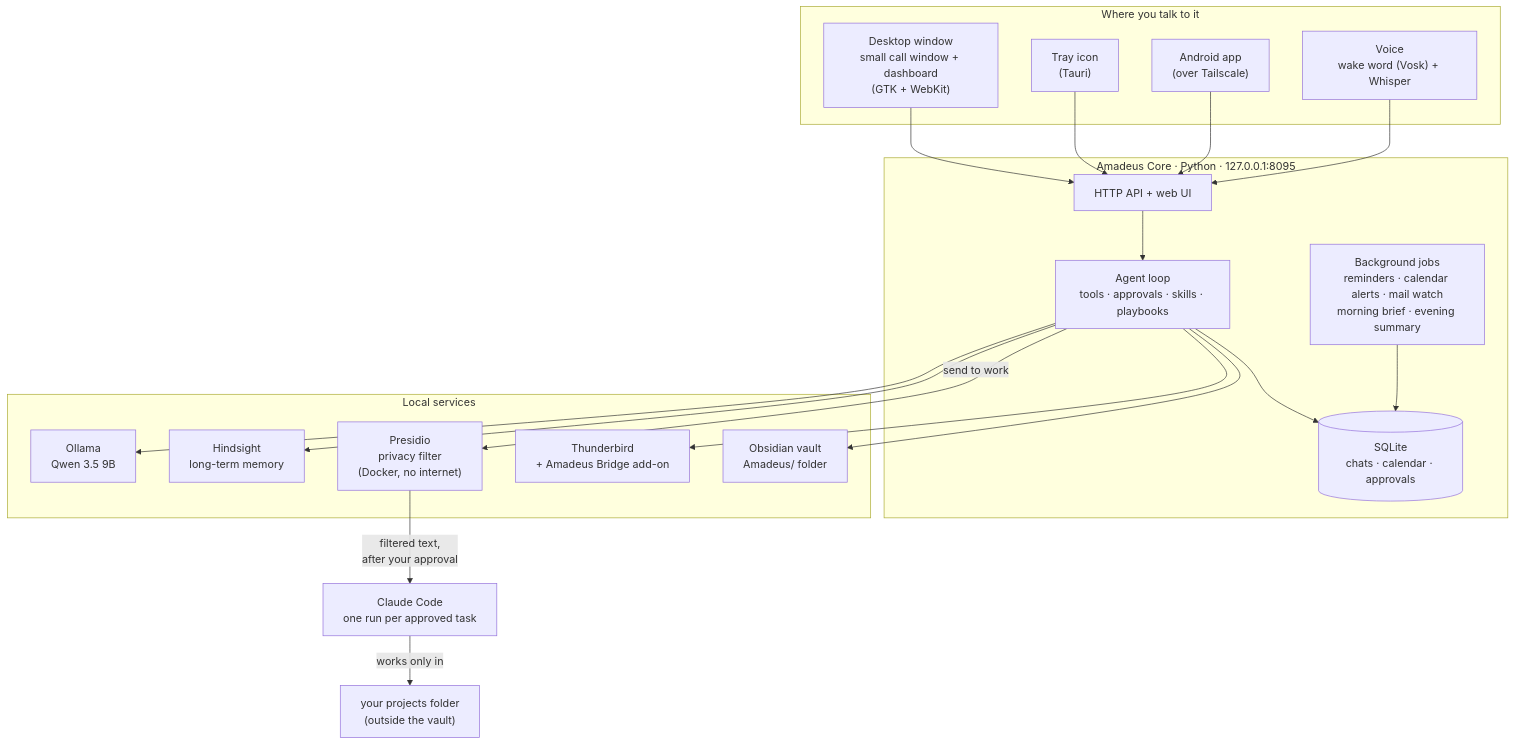
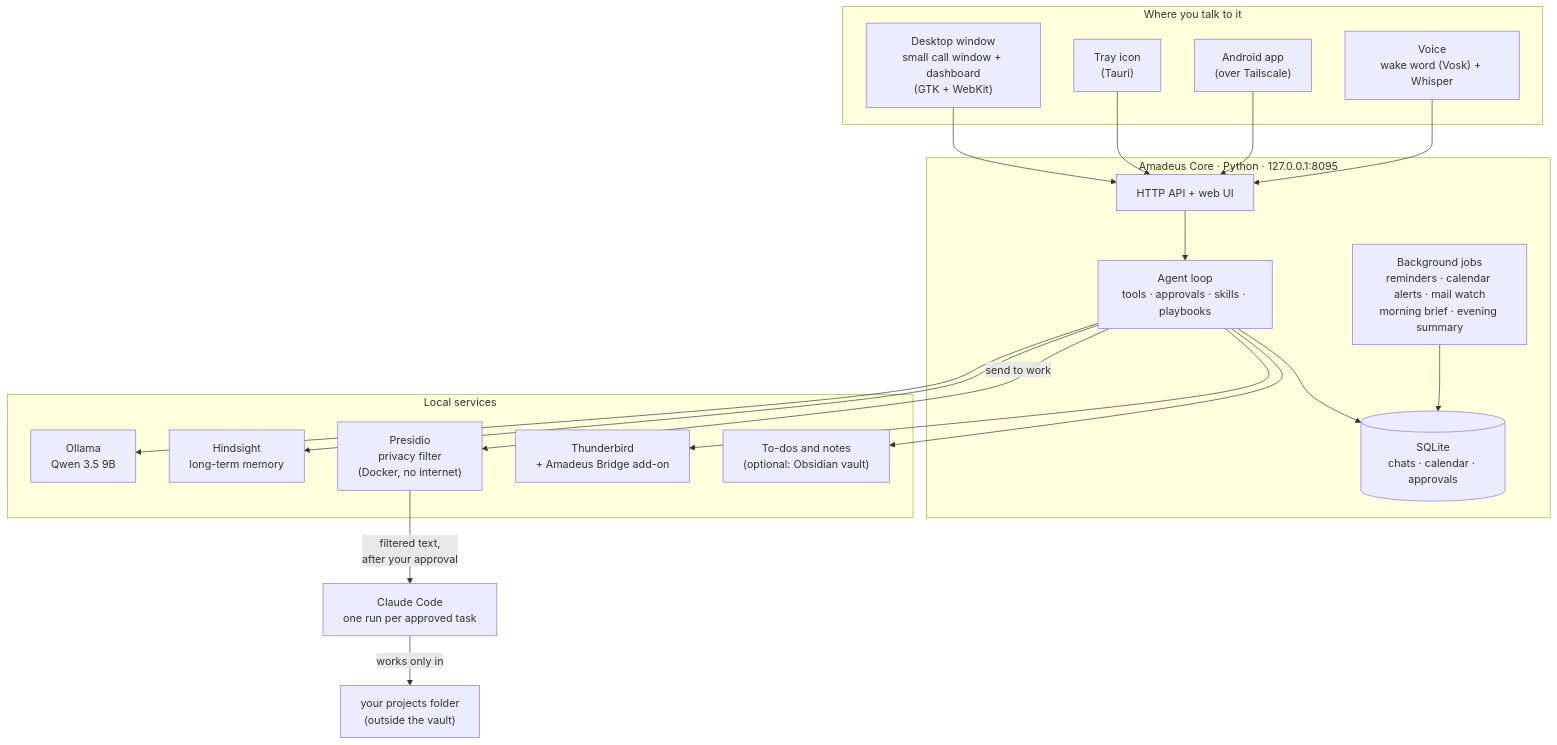
Before and after one commit to IAbrahamI/Amadeus: the first of 4 diagrams in docs/ARCHITECTURE.md, drawn with Mermaid. The commit also changed other lines of this file and 14 other files, not shown here.

Commit message:
Obsidian is now an optional connector: a fresh install keeps to-dos and notes in Amadeus' own folder

````diff
--- a/docs/ARCHITECTURE.md
+++ b/docs/ARCHITECTURE.md
@@ -12,38 +12,38 @@
 ```mermaid
 flowchart TB
     subgraph clients ["Where you talk to it"]
       win["Desktop window<br/>small call window + dashboard<br/>(GTK + WebKit)"]
       tray["Tray icon<br/>(Tauri)"]
       phone["Android app<br/>(over Tailscale)"]
       voice["Voice<br/>wake word (Vosk) + Whisper"]
     end
 
     subgraph core ["Amadeus Core · Python · 127.0.0.1:8095"]
       server["HTTP API + web UI"]
       agent["Agent loop<br/>tools · approvals · skills · playbooks"]
       bg["Background jobs<br/>reminders · calendar alerts · mail watch<br/>morning brief · evening summary"]
       db[("SQLite<br/>chats · calendar · approvals")]
     end
 
     subgraph local ["Local services"]
       ollama["Ollama<br/>Qwen 3.5 9B"]
       hindsight["Hindsight<br/>long-term memory"]
       presidio["Presidio<br/>privacy filter<br/>(Docker, no internet)"]
       tb["Thunderbird<br/>+ Amadeus Bridge add-on"]
-      vault["Obsidian vault<br/>Amadeus/ folder"]
+      vault["To-dos and notes<br/>(optional: Obsidian vault)"]
     end
 
     cc["Claude Code<br/>one run per approved task"]
 
     win & tray & phone & voice --> server
     server --> agent
     agent --> db
     bg --> db
     agent --> ollama
     agent --> hindsight
     agent --> tb
     agent --> vault
     agent -- "send to work" --> presidio
     presidio -- "filtered text,<br/>after your approval" --> cc
     cc -- "works only in" --> projects["your projects folder<br/>(outside the vault)"]
 ```
````
